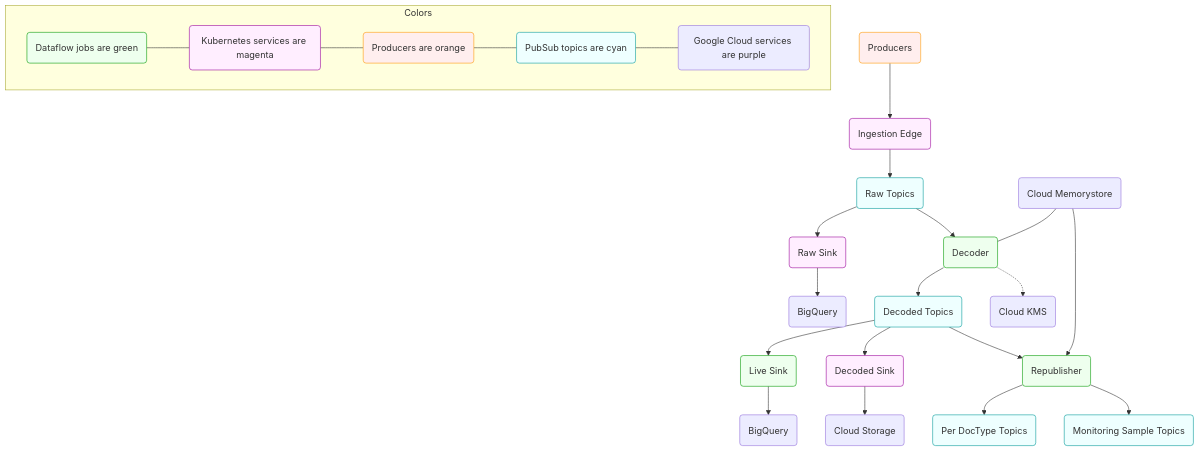
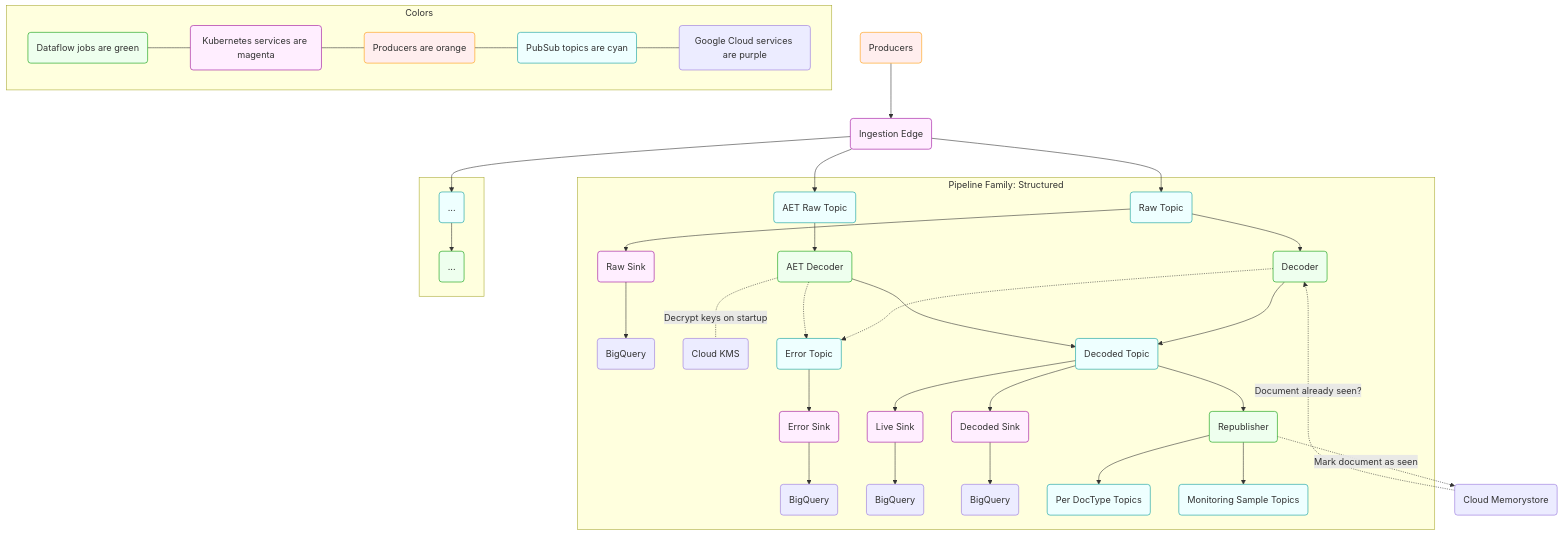
One commit to mozilla/gcp-ingestion changed the diagram in architecture/diagram.mmd. Above: the diagram before and after it, drawn with Mermaid. The commit also changed 6 other files, not shown here.

```diff
--- a/architecture/diagram.mmd
+++ b/architecture/diagram.mmd
@@ -1,48 +1,64 @@
 %% To install the mmdc command run:
 %%   npm install -g mermaid.cli
 %% To update this file run:
 %%   mmdc -i diagram.mmd -o diagram.svg
 %% Or use the docker wrapper in this repo (from the top-level directory):
 %%   ./bin/update-diagrams
 
 graph TD
 
 f1(Producers) --> k1(Ingestion Edge)
-k1 --> p1(Raw Topics)
-p1 --> k2(Raw Sink)
-k2 --> c1(BigQuery)
-p1 --> d2(Decoder)
-m1(Cloud Memorystore) --- d2
-d2 --> p2(Decoded Topics)
-p2 --> d3(Live Sink)
-d3 --> b1(BigQuery)
-p2 --> k3(Decoded Sink)
-k3 --> c2(Cloud Storage)
-p2 --> d5(Republisher)
-m1 --> d5
-d5 --> p5(Per DocType Topics)
-d5 --> p6(Monitoring Sample Topics)
-d2 -.-> m2(Cloud KMS)
+k1 --> p1(Raw Topic)
+k1 --> p1aet(AET Raw Topic)
+k1 --> p99(...)
+
+subgraph Pipeline Family: Structured
+    p1 --> k2(Raw Sink)
+    k2 --> c1(BigQuery)
+    p1 --> d2(Decoder)
+    p1aet --> d2aet(AET Decoder)
+    d2aet -. Decrypt keys on startup .- m2(Cloud KMS)
+    d2 --> p2(Decoded Topic)
+    d2 -.-> p2err(Error Topic)
+    p2err --> d3err(Error Sink)
+    d3err --> berr(BigQuery)
+    d2aet --> p2
+    d2aet -.-> p2err
+    p2 --> d3(Live Sink)
+    d3 --> b1(BigQuery)
+    p2 --> k3(Decoded Sink)
+    k3 --> c2(BigQuery)
+    p2 --> d5(Republisher)
+    d5 --> p5(Per DocType Topics)
+    d5 --> p6(Monitoring Sample Topics)
+end
+
+subgraph .
+   p99 --> d99(...)
+end
+
+d5 -. Mark document as seen .-> m1
+m1(Cloud Memorystore) -. Document already seen? .-> d2
 
 subgraph Colors
     d(Dataflow jobs are green)
     k(Kubernetes services are magenta)
     f(Producers are orange)
     p(PubSub topics are cyan)
     g(Google Cloud services are purple)
 
     %% connect them to make the key vertical
     d --- k
     k --- f
     f --- p
     p --- g
 end
 
 classDef cyan fill:#eff,stroke:#099;
 classDef green fill:#efe,stroke:#090;
 classDef magenta fill:#fef,stroke:#909;
 classDef orange fill:#fee,stroke:#f90;
-class p,p0,p1,p2,p3,p4,p5,p6 cyan
-class d,d0,d2,d3,d5 green
-class k,k0,k1,k2,k3 magenta
+class p,p0,p1,p1aet,p2,p2err,p3,p4,p5,p6,p99 cyan
+class d,d0,d2,d2aet,d5,d99 green
+class k,k0,k1,k2,k3,d3,d3err magenta
 class f,f1 orange
```
